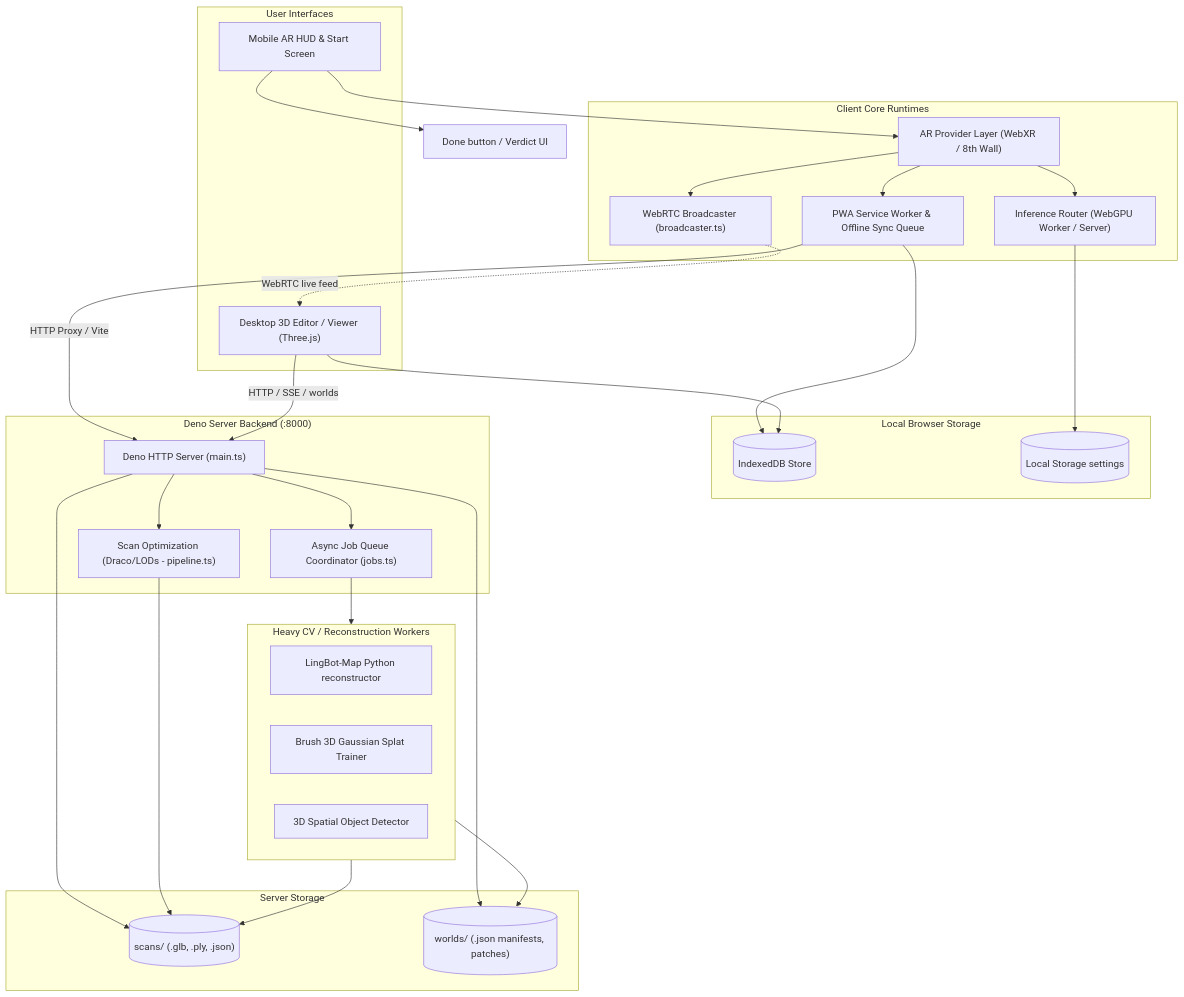
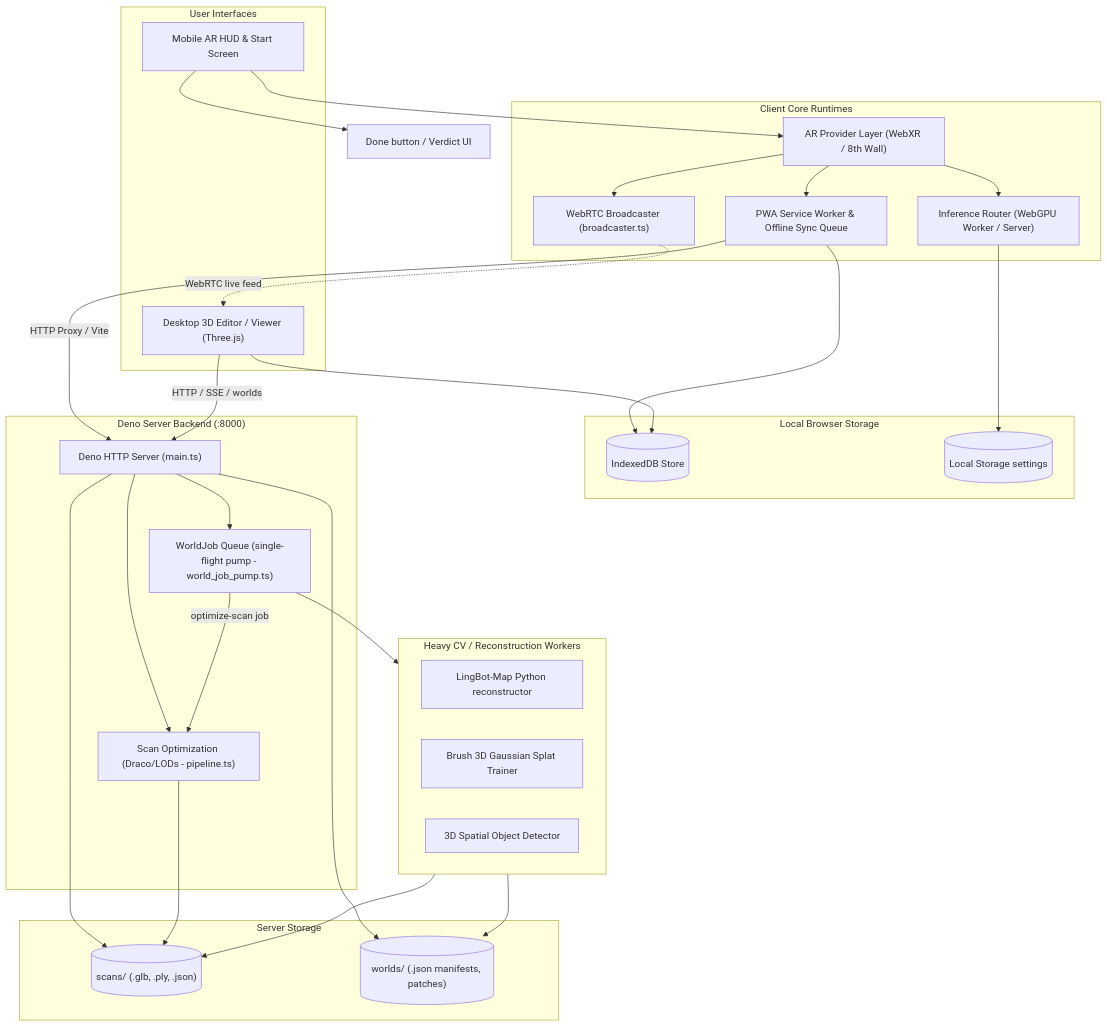
One commit to companionintelligence/CI-Spatial changed the first of 3 diagrams in README.md. Above: the diagram before and after it, drawn with Mermaid. The commit also changed other lines of this file and 2 other files, not shown here.

````diff
--- a/README.md
+++ b/README.md
@@ -12,61 +12,62 @@
 ```mermaid
 flowchart TB
     subgraph UI ["User Interfaces"]
         ScannerMobile["Mobile AR HUD & Start Screen"]
         EditorDesktop["Desktop 3D Editor / Viewer (Three.js)"]
     end
 
     subgraph ClientCore ["Client Core Runtimes"]
         ARProvider["AR Provider Layer (WebXR / 8th Wall)"]
         InferenceRouter["Inference Router (WebGPU Worker / Server)"]
         Broadcaster["WebRTC Broadcaster (broadcaster.ts)"]
         PWA["PWA Service Worker & Offline Sync Queue"]
     end
 
     subgraph LocalStorage ["Local Browser Storage"]
         IDB_Client[(IndexedDB Store)]
         LStore[(Local Storage settings)]
     end
 
     subgraph ServerBackend ["Deno Server Backend (:8000)"]
         HTTPGateway["Deno HTTP Server (main.ts)"]
-        JobRunner["Async Job Queue Coordinator (jobs.ts)"]
+        JobRunner["WorldJob Queue (single-flight pump - world_job_pump.ts)"]
         OptimizationPipeline["Scan Optimization (Draco/LODs - pipeline.ts)"]
     end
 
     subgraph ServerStorage ["Server Storage"]
         ScansStore[("scans/ (.glb, .ply, .json)")]
         WorldsStore[("worlds/ (.json manifests, patches)")]
     end
 
     subgraph HeavyWorkers ["Heavy CV / Reconstruction Workers"]
         LingBotMap["LingBot-Map Python reconstructor"]
         SplatTrainer["Brush 3D Gaussian Splat Trainer"]
         SplatDetector["3D Spatial Object Detector"]
     end
 
     %% Wiring
     ScannerMobile --> ARProvider
     ScannerMobile --> DoneBtn["Done button / Verdict UI"]
     ARProvider --> InferenceRouter
     ARProvider --> Broadcaster
     ARProvider --> PWA
     PWA --> IDB_Client
     InferenceRouter --> LStore
     
     Broadcaster -.->|WebRTC live feed| EditorDesktop
     EditorDesktop --> IDB_Client
     
     PWA -->|HTTP Proxy / Vite| HTTPGateway
     EditorDesktop -->|HTTP / SSE / worlds| HTTPGateway
     
     HTTPGateway --> JobRunner
     HTTPGateway --> OptimizationPipeline
     HTTPGateway --> ScansStore
     HTTPGateway --> WorldsStore
     
     JobRunner --> HeavyWorkers
+    JobRunner -->|optimize-scan job| OptimizationPipeline
     HeavyWorkers --> ScansStore
     HeavyWorkers --> WorldsStore
     OptimizationPipeline --> ScansStore
 ```
````
